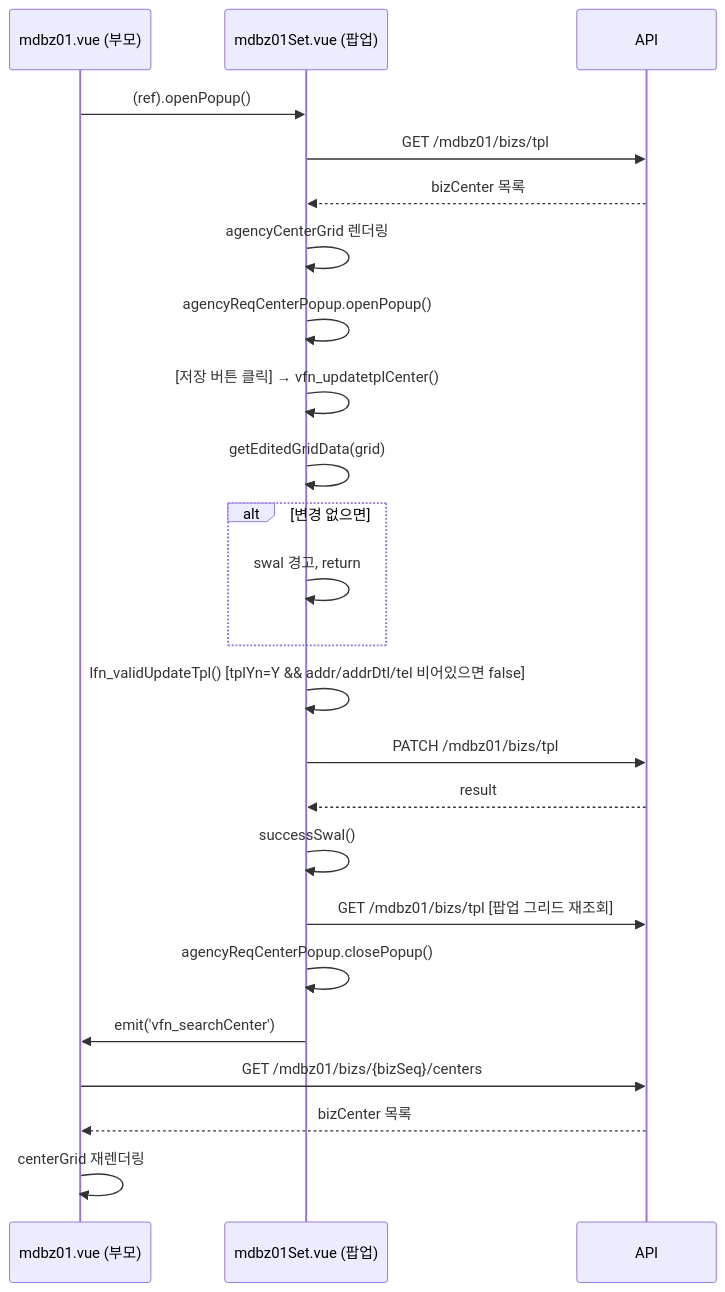
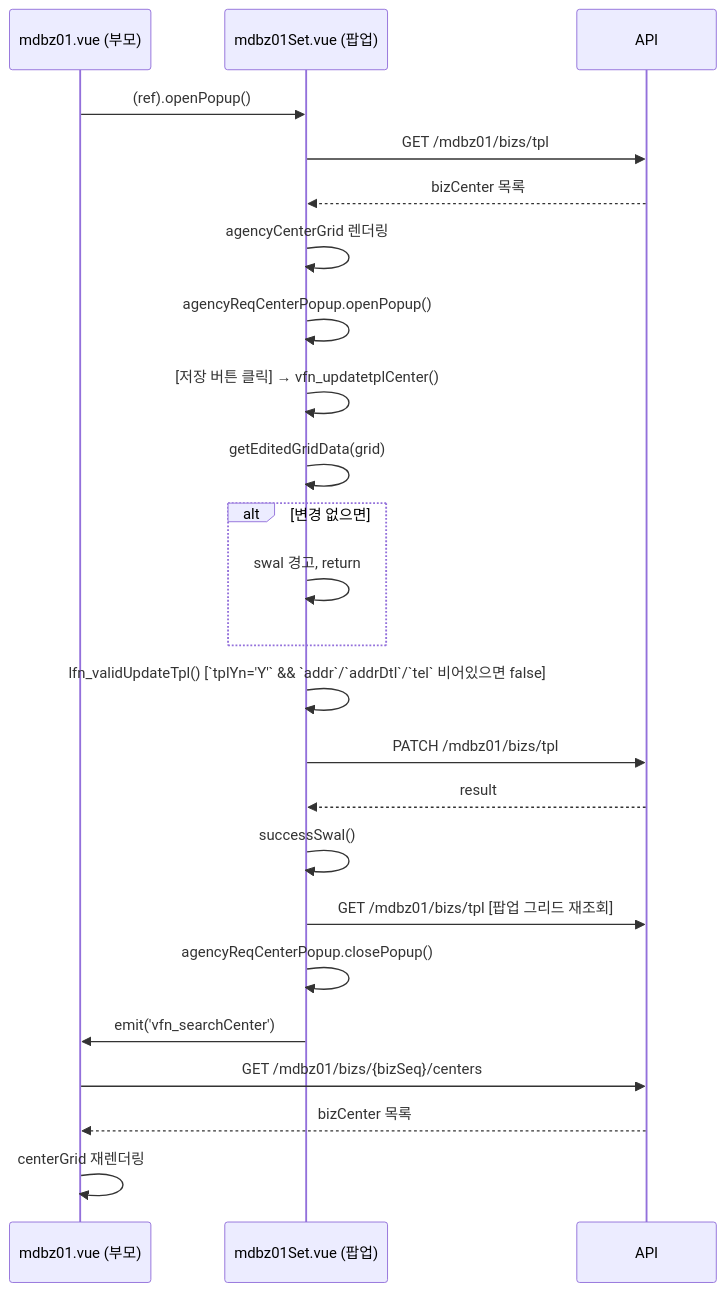
One commit to weppy1225/common-system-ai changed the sixth of 7 diagrams in 30-domain/30-wms-business/mdbz01/mdbz01-07-fe-flow.md. Above: the diagram before and after it, drawn with Mermaid. The commit also changed other lines of this file and 24 other files, not shown here.

````diff
--- a/30-domain/30-wms-business/mdbz01/mdbz01-07-fe-flow.md
+++ b/30-domain/30-wms-business/mdbz01/mdbz01-07-fe-flow.md
@@ -137,28 +141,28 @@
 ```mermaid
 sequenceDiagram
     participant P as mdbz01.vue (부모)
     participant S as mdbz01Set.vue (팝업)
     participant A as API
 
     P->>S: (ref).openPopup()
     S->>A: GET /mdbz01/bizs/tpl
     A-->>S: bizCenter 목록
     S->>S: agencyCenterGrid 렌더링
     S->>S: agencyReqCenterPopup.openPopup()
 
     S->>S: [저장 버튼 클릭] → vfn_updatetplCenter()
     S->>S: getEditedGridData(grid)
     alt 변경 없으면
         S->>S: swal 경고, return
     end
-    S->>S: lfn_validUpdateTpl() [tplYn=Y && addr/addrDtl/tel 비어있으면 false]
+    S->>S: lfn_validUpdateTpl() [`tplYn='Y'` && `addr`/`addrDtl`/`tel` 비어있으면 false]
     S->>A: PATCH /mdbz01/bizs/tpl
     A-->>S: result
     S->>S: successSwal()
     S->>A: GET /mdbz01/bizs/tpl [팝업 그리드 재조회]
     S->>S: agencyReqCenterPopup.closePopup()
     S->>P: emit('vfn_searchCenter')
     P->>A: GET /mdbz01/bizs/{bizSeq}/centers
     A-->>P: bizCenter 목록
     P->>P: centerGrid 재렌더링
 ```
````
